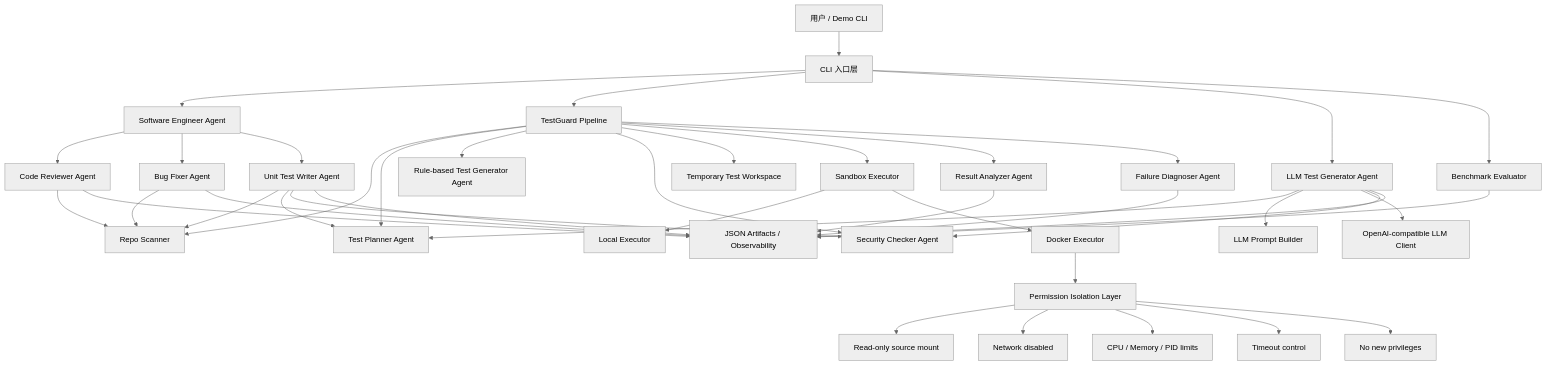
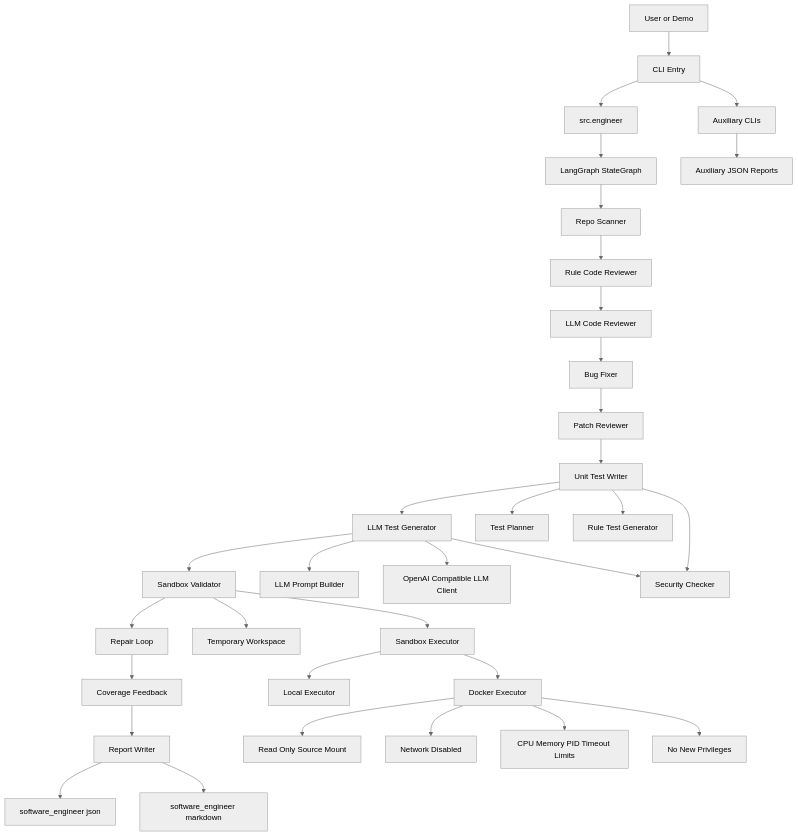
The first of 3 diagrams in docs/architecture.md (Isaacsen/cs599-project), drawn with Mermaid (neutral theme) before and after one commit. The commit also changed other lines of this file and 60 other files, not shown here.

Commit message:
Align project architecture with software engineer agent

````diff
--- a/docs/architecture.md
+++ b/docs/architecture.md
@@ -19,51 +19,39 @@
 ```mermaid
-flowchart TD
-    U["用户 / Demo CLI"] --> CLI["CLI 入口层"]
+graph TD
+    USER["User or Demo"] --> CLI["CLI Entry"]
+    CLI --> ENGINEER["src.engineer"]
+    CLI --> AUXCLI["Auxiliary CLIs"]
 
-    CLI --> SE["Software Engineer Agent"]
-    CLI --> TG["TestGuard Pipeline"]
-    CLI --> LLMG["LLM Test Generator Agent"]
-    CLI --> BM["Benchmark Evaluator"]
+    ENGINEER --> GRAPH["LangGraph StateGraph"]
+    GRAPH --> SCAN["Repo Scanner"]
+    SCAN --> REVIEW["Rule Code Reviewer"]
+    REVIEW --> LLMREVIEW["LLM Code Reviewer"]
+    LLMREVIEW --> FIX["Bug Fixer"]
+    FIX --> PATCH["Patch Reviewer"]
+    PATCH --> UNIT["Unit Test Writer"]
+    UNIT --> LLMTEST["LLM Test Generator"]
+    LLMTEST --> VALIDATE["Sandbox Validator"]
+    VALIDATE --> REPAIR["Repair Loop"]
+    REPAIR --> COVERAGE["Coverage Feedback"]
+    COVERAGE --> REPORT["Report Writer"]
 
-    SE --> CR["Code Reviewer Agent"]
-    SE --> BF["Bug Fixer Agent"]
-    SE --> UT["Unit Test Writer Agent"]
+    UNIT --> PLANNER["Test Planner"]
+    UNIT --> RULEGEN["Rule Test Generator"]
+    UNIT --> SECURITY["Security Checker"]
+    LLMTEST --> PROMPT["LLM Prompt Builder"]
+    LLMTEST --> LLMCLIENT["OpenAI Compatible LLM Client"]
+    LLMTEST --> SECURITY
 
-    TG --> RP["Repo Scanner"]
-    TG --> TP["Test Planner Agent"]
-    TG --> RTG["Rule-based Test Generator Agent"]
-    TG --> SC["Security Checker Agent"]
-    TG --> WS["Temporary Test Workspace"]
-    TG --> SX["Sandbox Executor"]
-    TG --> RA["Result Analyzer Agent"]
-    TG --> FD["Failure Diagnoser Agent"]
+    VALIDATE --> WORKSPACE["Temporary Workspace"]
+    VALIDATE --> EXECUTOR["Sandbox Executor"]
+    EXECUTOR --> LOCAL["Local Executor"]
+    EXECUTOR --> DOCKER["Docker Executor"]
+    DOCKER --> READONLY["Read Only Source Mount"]
+    DOCKER --> NONETWORK["Network Disabled"]
+    DOCKER --> LIMITS["CPU Memory PID Timeout Limits"]
+    DOCKER --> PRIVILEGE["No New Privileges"]
 
-    LLMG --> TP
-    LLMG --> PB["LLM Prompt Builder"]
-    LLMG --> LC["OpenAI-compatible LLM Client"]
-    LLMG --> SC
-
-    CR --> RP
-    BF --> RP
-    UT --> RP
-    UT --> TP
-    UT --> SC
-
-    SX --> LE["Local Executor"]
-    SX --> DE["Docker Executor"]
-    DE --> ISO["Permission Isolation Layer"]
-
-    ISO --> I1["Read-only source mount"]
-    ISO --> I2["Network disabled"]
-    ISO --> I3["CPU / Memory / PID limits"]
-    ISO --> I4["Timeout control"]
-    ISO --> I5["No new privileges"]
-
-    CR --> OBS["JSON Artifacts / Observability"]
-    BF --> OBS
-    UT --> OBS
-    LLMG --> OBS
-    RA --> OBS
-    FD --> OBS
-    BM --> OBS
+    REPORT --> JSONREPORT["software_engineer json"]
+    REPORT --> MDREPORT["software_engineer markdown"]
+    AUXCLI --> AUXREPORT["Auxiliary JSON Reports"]
 ```
````
